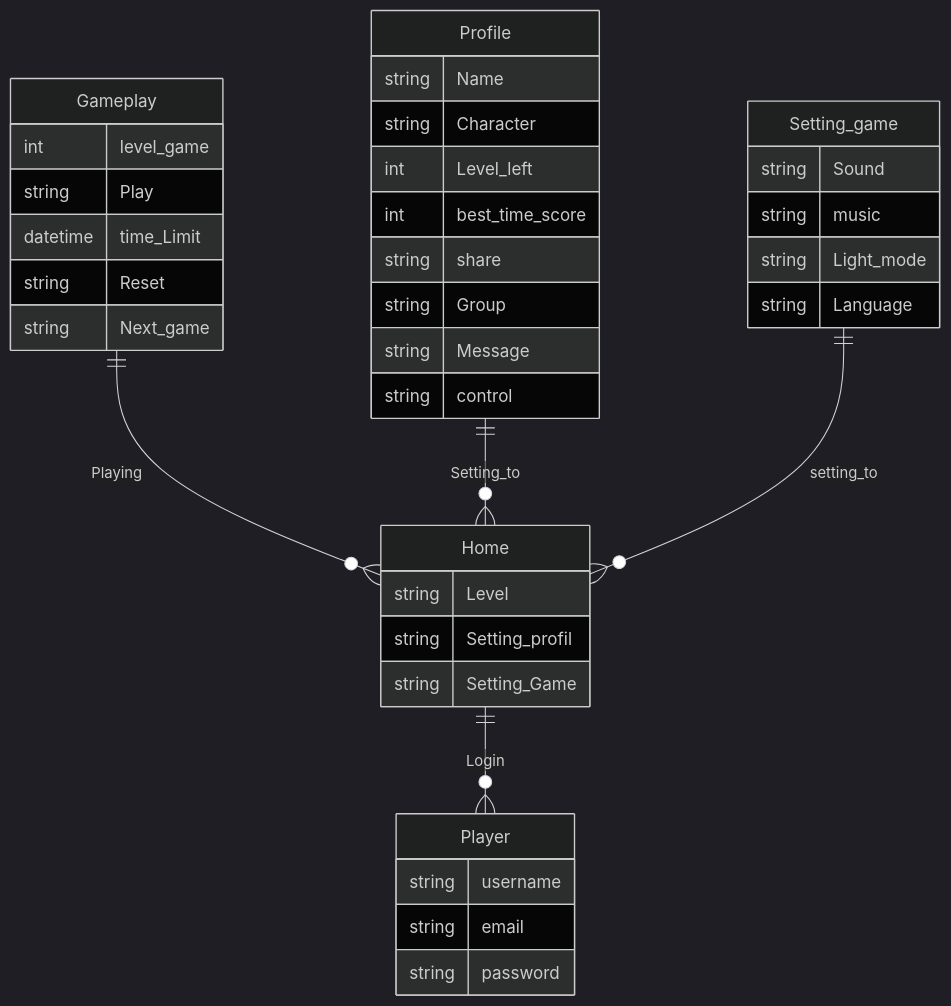
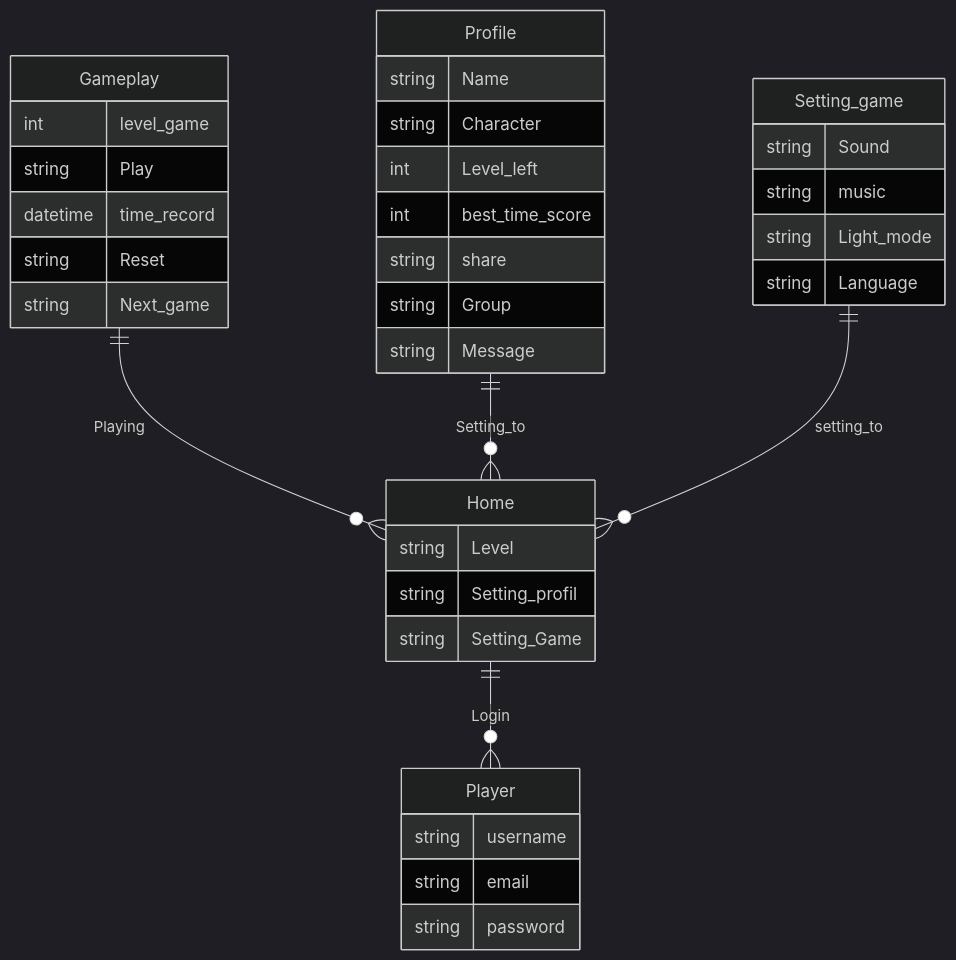
The first of 2 diagrams in review.md (Nightroom/Memoryasmaulhusna.github.io), drawn with Mermaid (dark theme) before and after one commit.

````diff
--- a/review.md
+++ b/review.md
@@ -44,45 +44,45 @@
 ```mermaid
 
 
 erDiagram
 
   Gameplay ||--o{ Home  : Playing 
   Gameplay {
     int level_game
     string Play
-    datetime time_Limit 
+    datetime time_record 
     string Reset
     string Next_game  
   }
     Player {
     string username
     string email
     string password
     
   }
     Profile ||--o{ Home  : Setting_to
     Profile {
     string Name
     string Character 
     int Level_left 
     int best_time_score
     string share
     string Group
     string Message
-    string control
+
     
   }
 Setting_game ||--o{ Home  : setting_to 
   Setting_game {
     string Sound
     string music 
     string Light_mode
     string Language 
   }
   Home ||--o{ Player  : Login
   Home {
     string Level
     string Setting_profil
     string Setting_Game
   }
 ```
````
